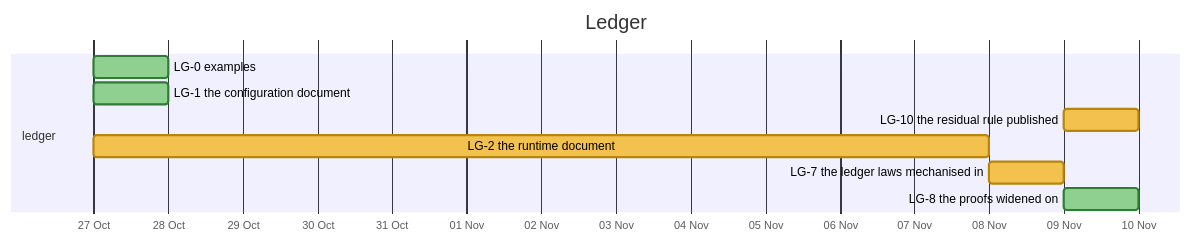
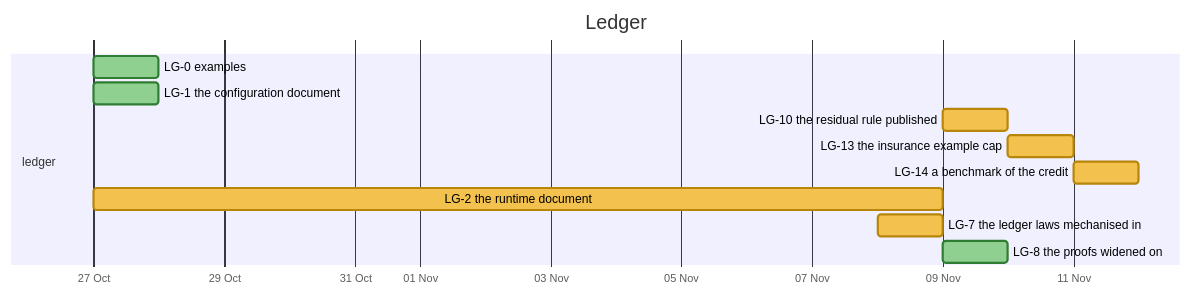
The tenth of 31 diagrams in docs/developer/ROADMAP.md (nebularis/lattice), drawn with Mermaid before and after one commit. The commit also changed other lines of this file and 8 other files, not shown here.

First line of the commit message:
[ledger] LG-14 built: benchmark/ledger-credit-kinds, the read cost of credit kinds on three engines

````diff
--- a/docs/developer/ROADMAP.md
+++ b/docs/developer/ROADMAP.md
@@ -334,14 +334,16 @@
 ```mermaid
 %%{init: {"themeVariables": {"taskBkgColor": "#f2c14e", "taskBorderColor": "#b8860b", "taskTextColor": "#000000", "activeTaskBkgColor": "#4e9af1", "activeTaskBorderColor": "#1f5fbf", "activeTaskBorderColor": "#1f5fbf", "doneTaskBkgColor": "#8fcf8f", "doneTaskBorderColor": "#2f7d32", "critBkgColor": "#f28b82", "critBorderColor": "#b23a30", "taskTextDarkColor": "#000000", "taskTextLightColor": "#000000"}}}%%
 gantt
     title Ledger
     dateFormat YYYY-MM-DD
     axisFormat %d %b
     section ledger
     LG-0 examples :done, lg0, 2026-10-27, 2026-10-28
     LG-1 the configuration document :done, lg1, 2026-10-27, 2026-10-28
     LG-10 the residual rule published :lg10, 2026-11-09, 2026-11-10
-    LG-2 the runtime document :lg2, 2026-10-27, 2026-11-08
+    LG-13 the insurance example cap :lg13, 2026-11-10, 2026-11-11
+    LG-14 a benchmark of the credit :lg14, 2026-11-11, 2026-11-12
+    LG-2 the runtime document :lg2, 2026-10-27, 2026-11-09
     LG-7 the ledger laws mechanised in :lg7, 2026-11-08, 2026-11-09
     LG-8 the proofs widened on :done, lg8, 2026-11-09, 2026-11-10
 ```
````
